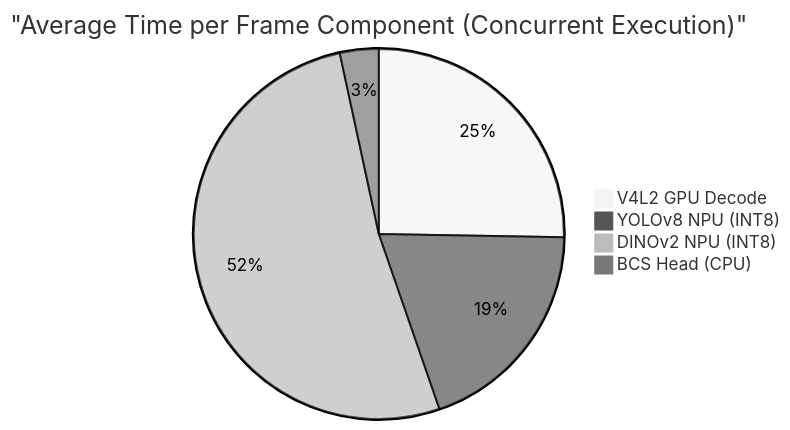
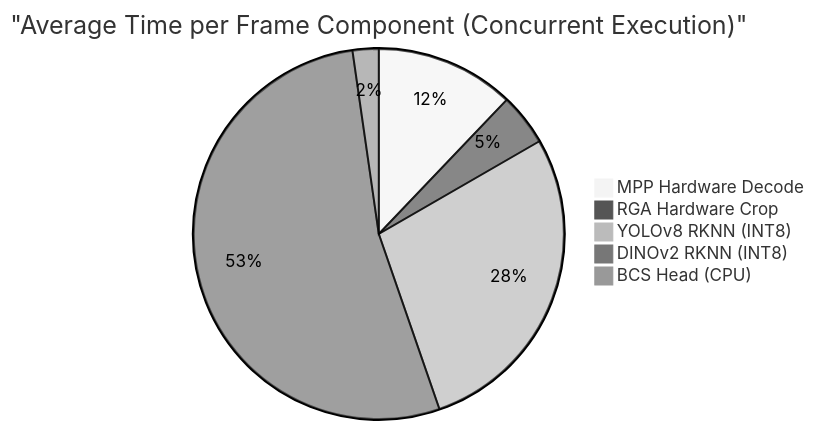
Before and after one commit to zok213/DAT1: the fourth of 5 diagrams in README.md, drawn with Mermaid (neutral theme). The commit also changed other lines of this file and 3 other files, not shown here.

````diff
--- a/README.md
+++ b/README.md
@@ -63,7 +52,8 @@
 ```mermaid
 pie title "Average Time per Frame Component (Concurrent Execution)"
-    "V4L2 GPU Decode" : 11.2
-    "YOLOv8 NPU (INT8)" : 8.6
-    "DINOv2 NPU (INT8)" : 23.0
+    "MPP Hardware Decode" : 8.0
+    "RGA Hardware Crop" : 3.0
+    "YOLOv8 RKNN (INT8)" : 18.5
+    "DINOv2 RKNN (INT8)" : 35.0
     "BCS Head (CPU)" : 1.5
 ```
````
